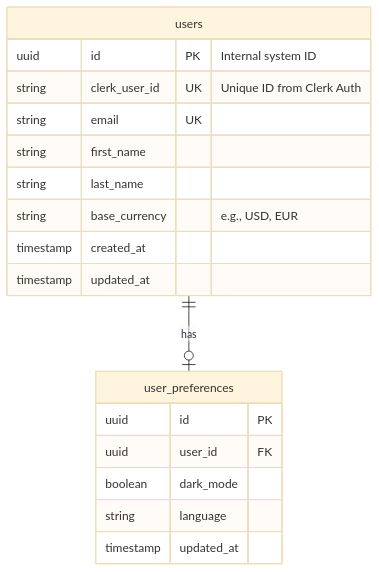
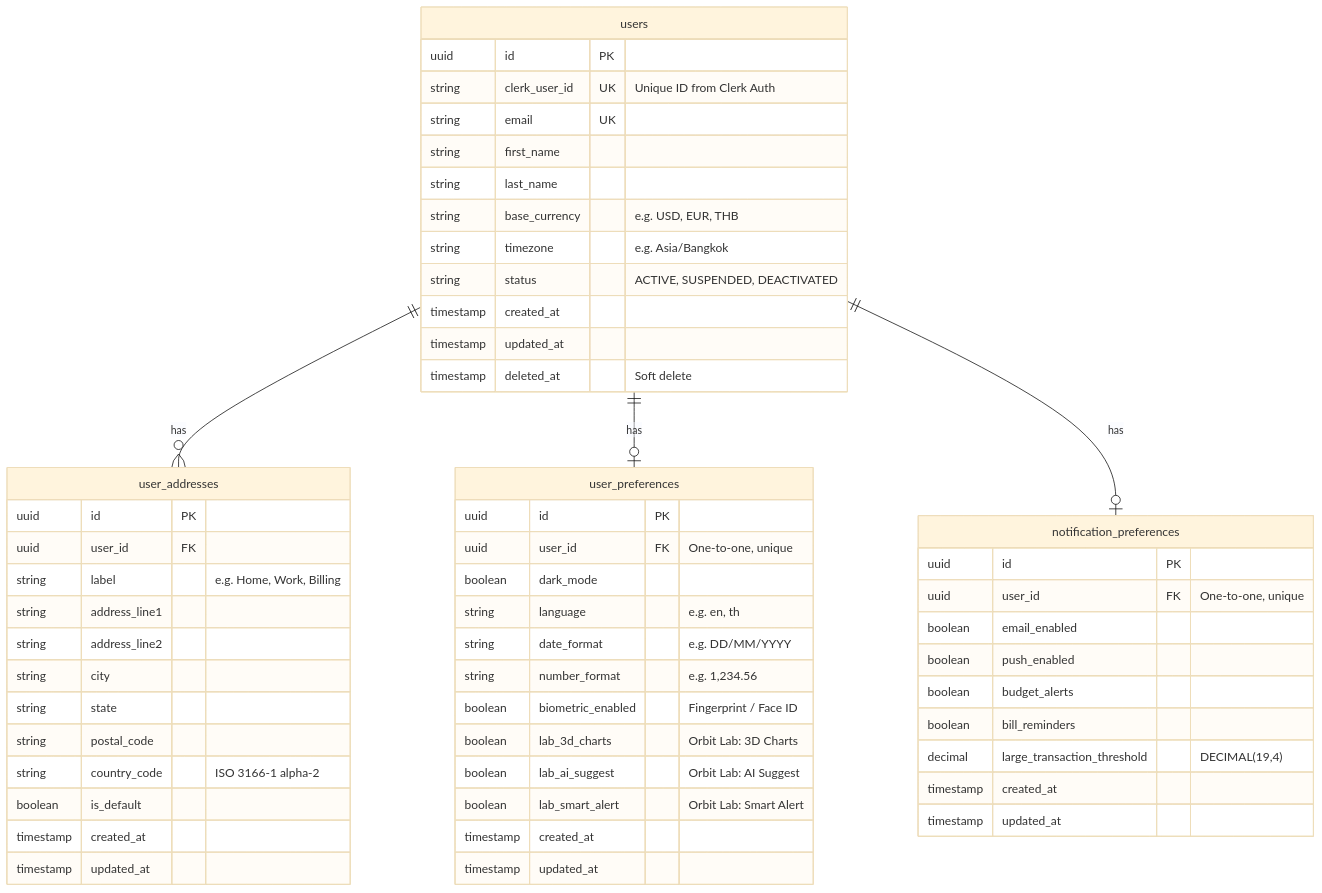
Before and after one commit to cntm-labs/orbit-api: the diagram in architect/database/01_user_auth.mermaid, drawn with Mermaid (base theme). The commit also changed 8 other files, not shown here.

First line of the commit message:
feat(schema): redesign database ERD to production-grade 21-table schema

````diff
--- a/architect/database/01_user_auth.mermaid
+++ b/architect/database/01_user_auth.mermaid
@@ -1,24 +1,65 @@
-```mermaid
 erDiagram
-    %% Core User Identity integrated with Clerk Auth
+    %% ============================================================
+    %% Module 1: User & Auth (Clerk Integration)
+    %% ============================================================
+
     users {
-        uuid id PK "Internal system ID"
+        uuid id PK
         string clerk_user_id UK "Unique ID from Clerk Auth"
         string email UK
         string first_name
         string last_name
-        string base_currency "e.g., USD, EUR"
+        string base_currency "e.g. USD, EUR, THB"
+        string timezone "e.g. Asia/Bangkok"
+        string status "ACTIVE, SUSPENDED, DEACTIVATED"
+        timestamp created_at
+        timestamp updated_at
+        timestamp deleted_at "Soft delete"
+    }
+
+    user_addresses {
+        uuid id PK
+        uuid user_id FK
+        string label "e.g. Home, Work, Billing"
+        string address_line1
+        string address_line2
+        string city
+        string state
+        string postal_code
+        string country_code "ISO 3166-1 alpha-2"
+        boolean is_default
         timestamp created_at
         timestamp updated_at
     }
 
     user_preferences {
         uuid id PK
-        uuid user_id FK
+        uuid user_id FK "One-to-one, unique"
         boolean dark_mode
-        string language
+        string language "e.g. en, th"
+        string date_format "e.g. DD/MM/YYYY"
+        string number_format "e.g. 1,234.56"
+        boolean biometric_enabled "Fingerprint / Face ID"
+        boolean lab_3d_charts "Orbit Lab: 3D Charts"
+        boolean lab_ai_suggest "Orbit Lab: AI Suggest"
+        boolean lab_smart_alert "Orbit Lab: Smart Alert"
+        timestamp created_at
         timestamp updated_at
     }
 
+    notification_preferences {
+        uuid id PK
+        uuid user_id FK "One-to-one, unique"
+        boolean email_enabled
+        boolean push_enabled
+        boolean budget_alerts
+        boolean bill_reminders
+        decimal large_transaction_threshold "DECIMAL(19,4)"
+        timestamp created_at
+        timestamp updated_at
+    }
+
+    %% Relationships
+    users ||--o{ user_addresses : "has"
     users ||--o| user_preferences : "has"
-```
+    users ||--o| notification_preferences : "has"
````
